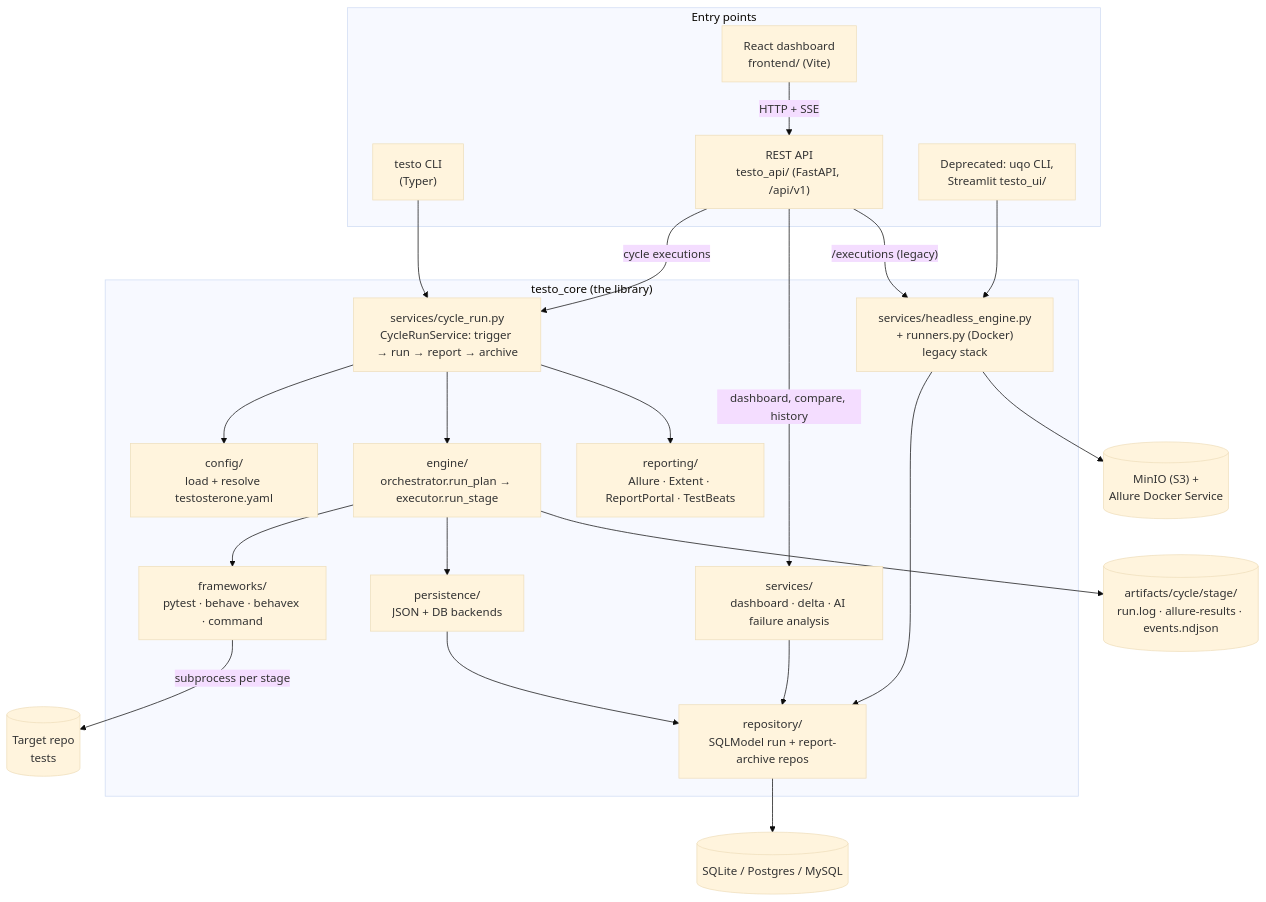
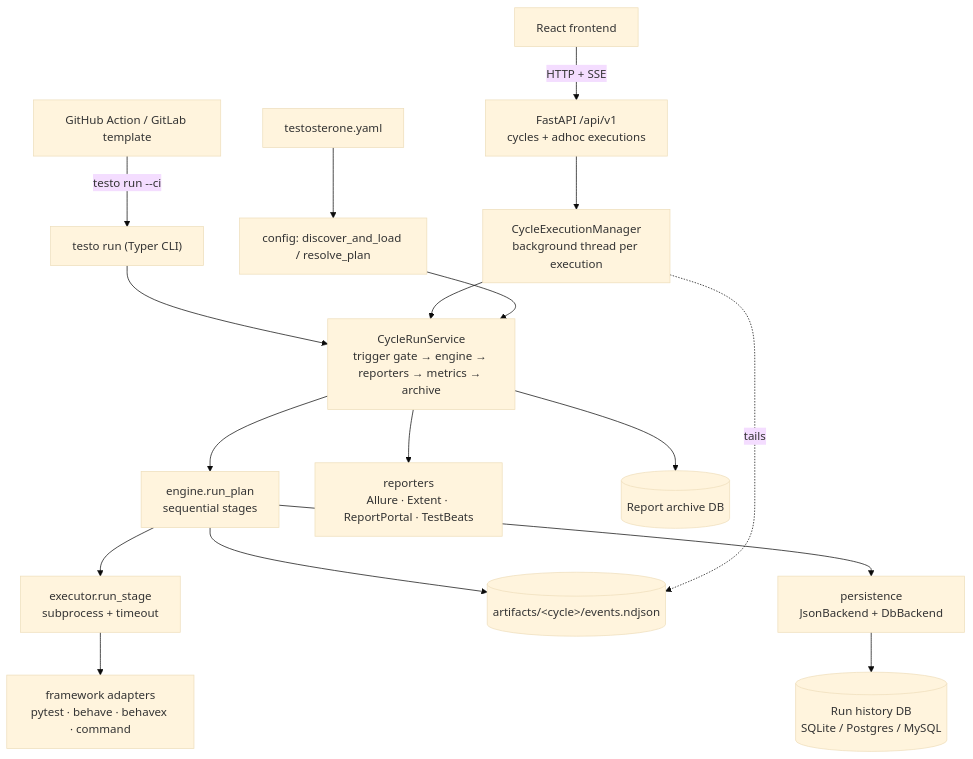
One commit to taltal-beep/testosterone changed the diagram in ARCHITECTURE.md. Above: the diagram before and after it, drawn with Mermaid (base theme). The commit also changed other lines of this file and 104 other files, not shown here.

First line of the commit message:
refactor!: retire the legacy execution stack; every run goes through the cycle engine (#62)

````diff
--- a/ARCHITECTURE.md
+++ b/ARCHITECTURE.md
@@ -9,43 +14,21 @@
 ```mermaid
-flowchart TB
-    subgraph surfaces["Entry points"]
-        CLI["testo CLI<br/>(Typer)"]
-        UI["React dashboard<br/>frontend/ (Vite)"]
-        API["REST API<br/>testo_api/ (FastAPI, /api/v1)"]
-        LEG["Deprecated: uqo CLI,<br/>Streamlit testo_ui/"]
-    end
+flowchart TD
+    YAML[testosterone.yaml] --> CFG[config: discover_and_load / resolve_plan]
 
-    UI -- "HTTP + SSE" --> API
+    CLI["testo run (Typer CLI)"] --> SVC
+    API["FastAPI /api/v1<br/>cycles + adhoc executions"] --> MGR[CycleExecutionManager<br/>background thread per execution]
+    MGR --> SVC
+    UI[React frontend] -->|HTTP + SSE| API
+    CI[GitHub Action / GitLab template] -->|"testo run --ci"| CLI
 
-    subgraph core["testo_core (the library)"]
-        CFG["config/<br/>load + resolve testosterone.yaml"]
-        UC["services/cycle_run.py<br/>CycleRunService: trigger → run → report → archive"]
-        ENG["engine/<br/>orchestrator.run_plan → executor.run_stage"]
-        FW["frameworks/<br/>pytest · behave · behavex · command"]
-        REP["reporting/<br/>Allure · Extent · ReportPortal · TestBeats"]
-        PER["persistence/<br/>JSON + DB backends"]
-        REPO["repository/<br/>SQLModel run + report-archive repos"]
-        SVC["services/<br/>dashboard · delta · AI failure analysis"]
-        HE["services/headless_engine.py<br/>+ runners.py (Docker)<br/>legacy stack"]
-    end
-
-    CLI --> UC
-    API -- "cycle executions" --> UC
-    API -- "dashboard, compare, history" --> SVC
-    API -- "/executions (legacy)" --> HE
-    LEG --> HE
-
-    UC --> CFG
-    UC --> ENG
-    UC --> REP
-    ENG --> FW
-    ENG --> PER
-    PER --> REPO
-    SVC --> REPO
-    HE --> REPO
-
-    FW -- "subprocess per stage" --> TARGET[("Target repo<br/>tests")]
-    ENG --> ART[("artifacts/cycle/stage/<br/>run.log · allure-results · events.ndjson")]
-    REPO --> DB[("SQLite / Postgres / MySQL")]
-    HE --> S3[("MinIO (S3) +<br/>Allure Docker Service")]
+    CFG --> SVC[CycleRunService<br/>trigger gate → engine → reporters → metrics → archive]
+    SVC --> ENG[engine.run_plan<br/>sequential stages]
+    ENG --> EXE[executor.run_stage<br/>subprocess + timeout]
+    EXE --> FW[framework adapters<br/>pytest · behave · behavex · command]
+    ENG --> EV[(artifacts/&lt;cycle&gt;/events.ndjson)]
+    ENG --> PER[persistence<br/>JsonBackend + DbBackend]
+    PER --> DB[(Run history DB<br/>SQLite / Postgres / MySQL)]
+    SVC --> REP[reporters<br/>Allure · Extent · ReportPortal · TestBeats]
+    SVC --> ARC[(Report archive DB)]
+    MGR -. tails .-> EV
 ```
````
